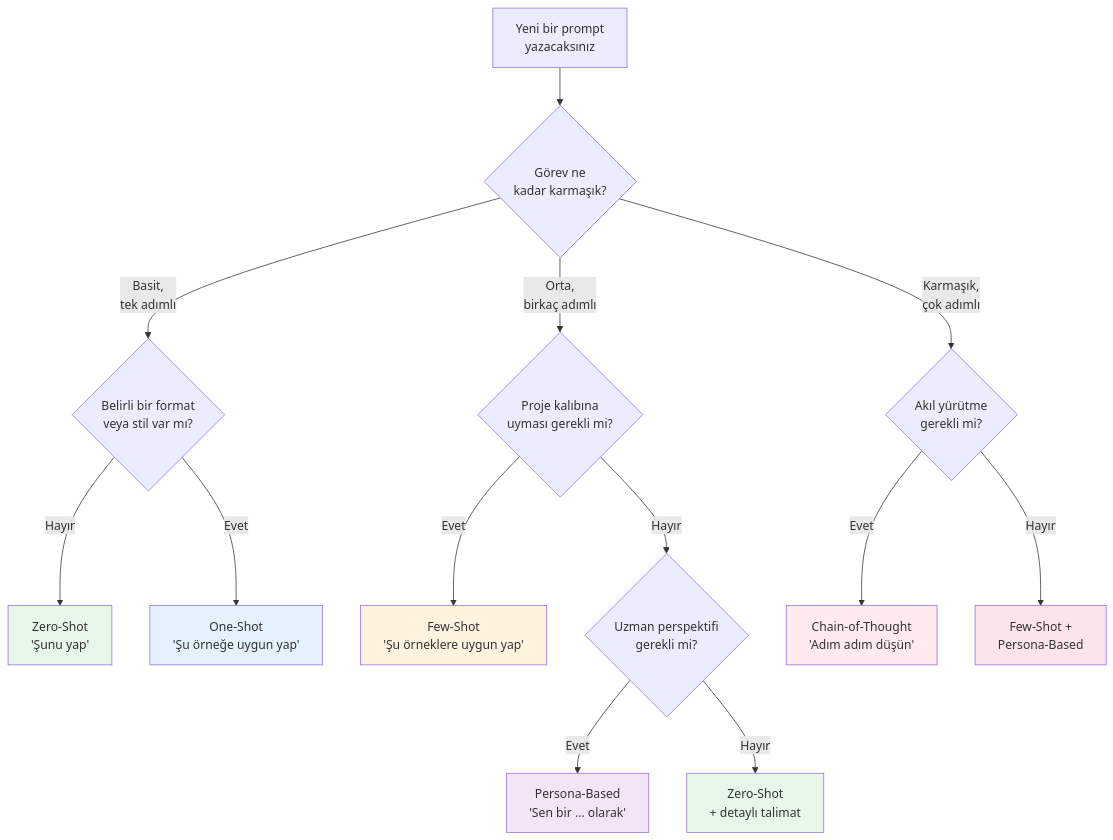
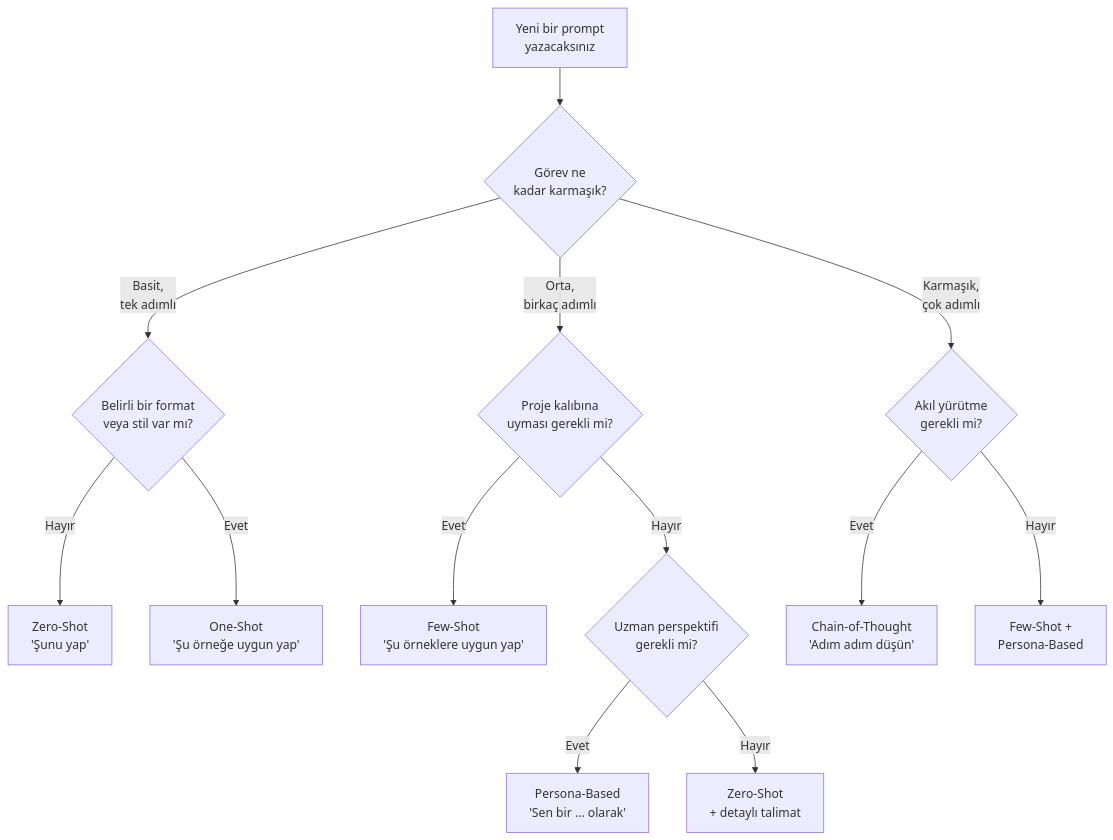
The second of 2 diagrams in 04-ai-destekli-gelistirme/04-prompt-muhendisligi.md (IzzetYasinAtes/ClaudeCodeHandbook), drawn with Mermaid before and after one commit. The commit also changed other lines of this file and 97 other files, not shown here.

Commit message:
Remove all custom Mermaid style/fill colors from 98 markdown files for consistent dark theme rendering

````diff
--- a/04-ai-destekli-gelistirme/04-prompt-muhendisligi.md
+++ b/04-ai-destekli-gelistirme/04-prompt-muhendisligi.md
@@ -481,26 +473,19 @@
 ```mermaid
 flowchart TD
     A["Yeni bir prompt<br/>yazacaksınız"] --> B{"Görev ne<br/>kadar karmaşık?"}
     
     B -->|"Basit,<br/>tek adımlı"| C{"Belirli bir format<br/>veya stil var mı?"}
     C -->|"Hayır"| D["Zero-Shot<br/>'Şunu yap'"]
     C -->|"Evet"| E["One-Shot<br/>'Şu örneğe uygun yap'"]
     
     B -->|"Orta,<br/>birkaç adımlı"| F{"Proje kalıbına<br/>uyması gerekli mi?"}
     F -->|"Evet"| G["Few-Shot<br/>'Şu örneklere uygun yap'"]
     F -->|"Hayır"| H{"Uzman perspektifi<br/>gerekli mi?"}
     H -->|"Evet"| I["Persona-Based<br/>'Sen bir ... olarak'"]
     H -->|"Hayır"| J["Zero-Shot<br/>+ detaylı talimat"]
     
     B -->|"Karmaşık,<br/>çok adımlı"| K{"Akıl yürütme<br/>gerekli mi?"}
     K -->|"Evet"| L["Chain-of-Thought<br/>'Adım adım düşün'"]
     K -->|"Hayır"| M["Few-Shot +<br/>Persona-Based"]
     
-    style D fill:#e8f5e9
-    style E fill:#e3f2fd
-    style G fill:#fff3e0
-    style I fill:#f3e5f5
-    style J fill:#e8f5e9
-    style L fill:#ffebee
-    style M fill:#fce4ec
 ```
````
